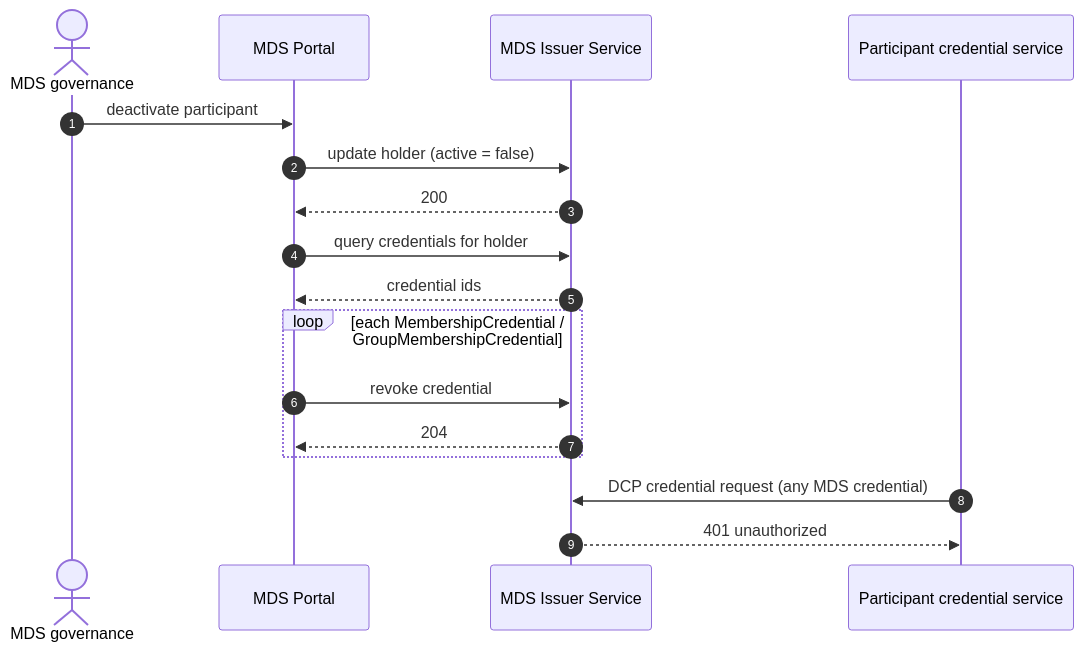
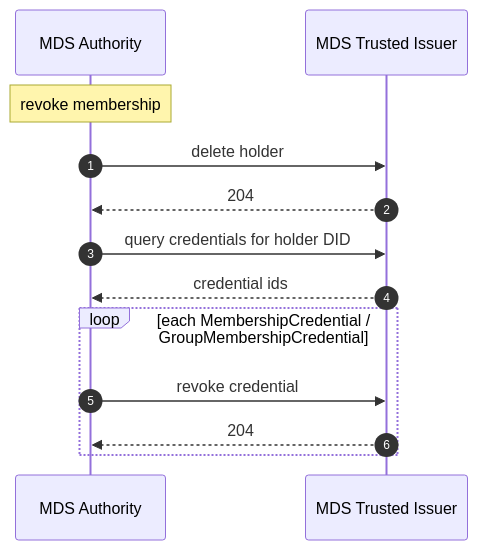
The first of 2 diagrams in 2026/1/credentials/index.md (Mobility-Data-Space/mds-profile), drawn with Mermaid before and after one commit. The commit also changed other lines of this file and 10 other files, not shown here.

````diff
--- a/2026/1/credentials/index.md
+++ b/2026/1/credentials/index.md
@@ -105,21 +110,16 @@
 ```mermaid
 sequenceDiagram
     autonumber
-    actor Admin as MDS governance
-    participant Portal as MDS Portal
-    participant Issuer as MDS Issuer Service
-    participant Holder as Participant credential service
+    participant Authority as MDS Authority
+    participant Issuer as MDS Trusted Issuer
 
-    Admin->>Portal: deactivate participant
-    Portal->>Issuer: update holder (active = false)
-    Issuer-->>Portal: 200
-    Portal->>Issuer: query credentials for holder
-    Issuer-->>Portal: credential ids
+    Note over Authority: revoke membership
+    Authority->>Issuer: delete holder
+    Issuer-->>Authority: 204
+    Authority->>Issuer: query credentials for holder DID
+    Issuer-->>Authority: credential ids
     loop each MembershipCredential / GroupMembershipCredential
-        Portal->>Issuer: revoke credential
-        Issuer-->>Portal: 204
+        Authority->>Issuer: revoke credential
+        Issuer-->>Authority: 204
     end
-
-    Holder->>Issuer: DCP credential request (any MDS credential)
-    Issuer-->>Holder: 401 unauthorized
 ```
````
